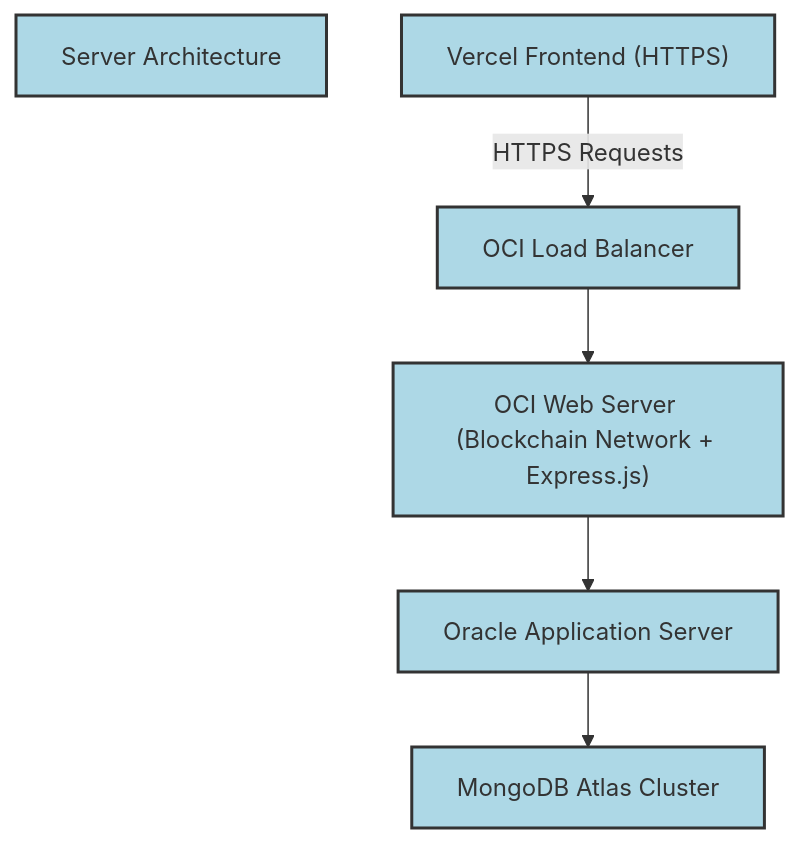
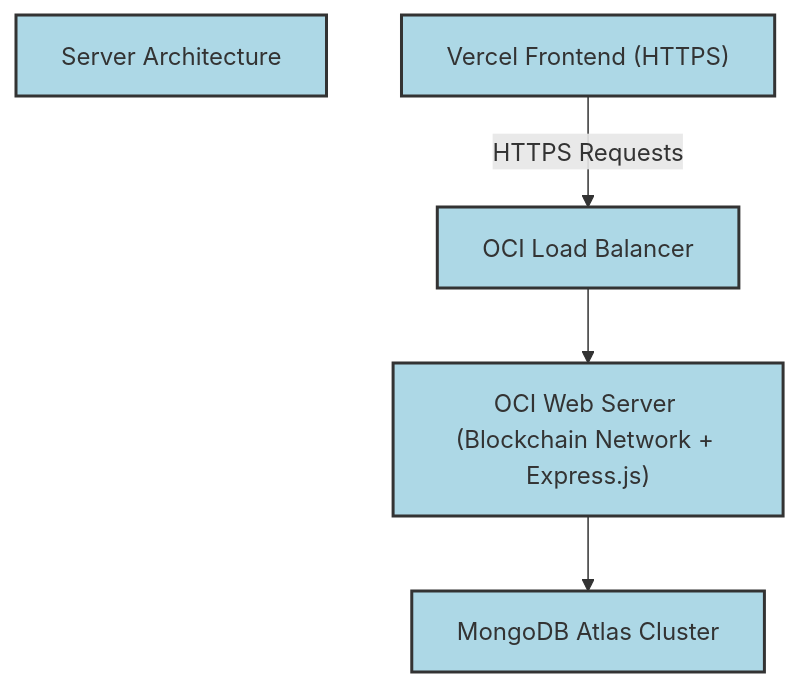
Before and after one commit to Insurmate-app/Insurmate: the diagram in CD.md, drawn with Mermaid. The commit also changed 19 other files, not shown here.

````diff
--- a/CD.md
+++ b/CD.md
@@ -1,19 +1,18 @@
 ```mermaid
 graph TD
     %% Title
     title["Server Architecture"]
 
     %% Frontend
     A["Vercel Frontend (HTTPS)"] --> |HTTPS Requests| B["OCI Load Balancer"]
 
     %% Load Balancer
     B --> C["OCI Web Server (Blockchain Network + Express.js)"]
 
     %% Web Server to Database
-    C --> D["Oracle Application Server"]
-    D --> E["MongoDB Atlas Cluster"]
+    C --> D["MongoDB Atlas Cluster"]
 
     %% Legend and Notes
     classDef node fill:#add8e6,stroke:#333,stroke-width:2px;
     class A,B,C,D,E,title node;
 ```
````
